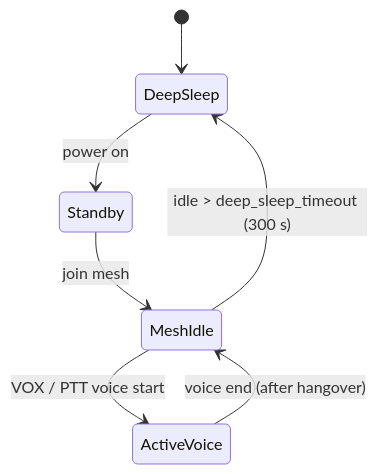
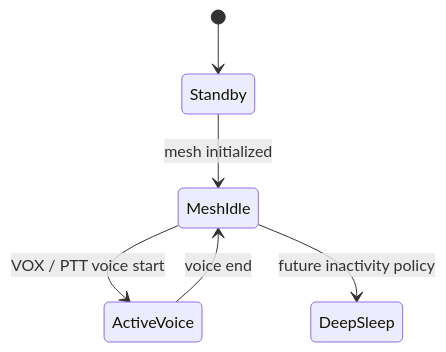
One commit to d3vv3/open-motorcycle-intercom changed the diagram in docs/power.md. Above: the diagram before and after it, drawn with Mermaid. The commit also changed other lines of this file and 9 other files, not shown here.

````diff
--- a/docs/power.md
+++ b/docs/power.md
@@ -58,9 +68,8 @@
 ```mermaid
 stateDiagram-v2
-    [*] --> DeepSleep
-    DeepSleep --> Standby: power on
-    Standby --> MeshIdle: join mesh
+    [*] --> Standby
+    Standby --> MeshIdle: mesh initialized
     MeshIdle --> ActiveVoice: VOX / PTT voice start
-    ActiveVoice --> MeshIdle: voice end (after hangover)
-    MeshIdle --> DeepSleep: idle > deep_sleep_timeout (300 s)
+    ActiveVoice --> MeshIdle: voice end
+    MeshIdle --> DeepSleep: future inactivity policy
 ```
````
